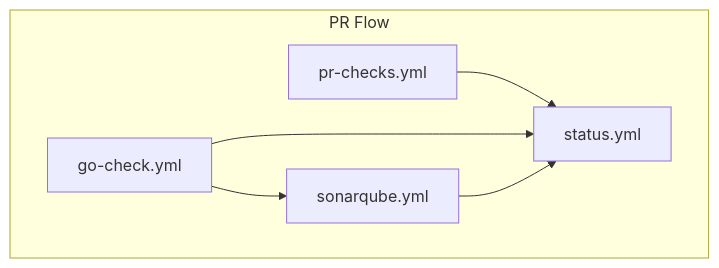
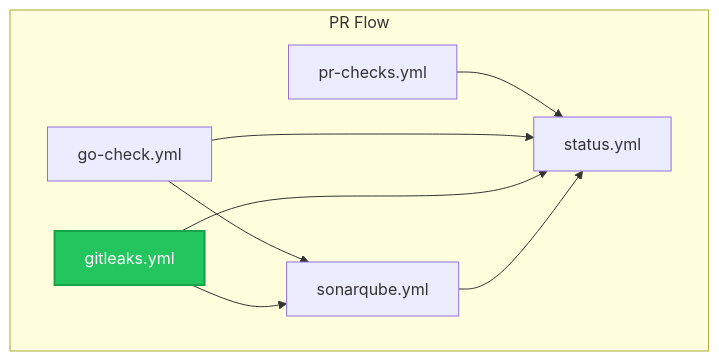
Before and after one commit to duynhlab/homelab: the fourth of 10 diagrams in docs/platform/cicd.md, drawn with Mermaid. The commit also changed other lines of this file and 2 other files, not shown here.

First line of the commit message:
ci: integrate gitleaks secret scanning and automate rulesets

````diff
--- a/docs/platform/cicd.md
+++ b/docs/platform/cicd.md
@@ -91,14 +133,19 @@
 ```mermaid
 flowchart TD
     subgraph pr_flow ["PR Flow"]
         PR["pr-checks.yml"]
         GOCHECK["go-check.yml"]
+        GITLEAKS["gitleaks.yml"]
         SONAR["sonarqube.yml"]
         NOTIFY["status.yml"]
 
         GOCHECK --> SONAR
+        GITLEAKS --> SONAR
         PR --> NOTIFY
         GOCHECK --> NOTIFY
+        GITLEAKS --> NOTIFY
         SONAR --> NOTIFY
     end
+    
+    style GITLEAKS fill:#22c55e,color:#fff,stroke:#16a34a,stroke-width:2px
 ```
````
